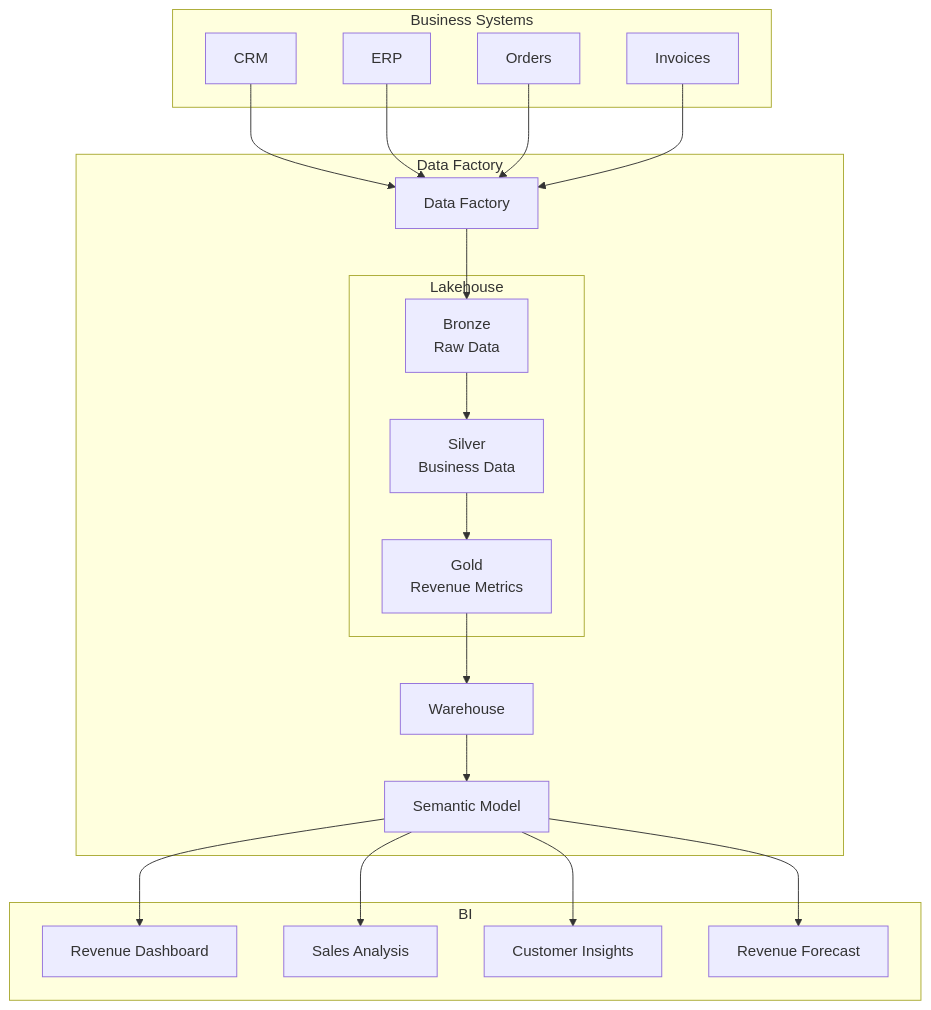
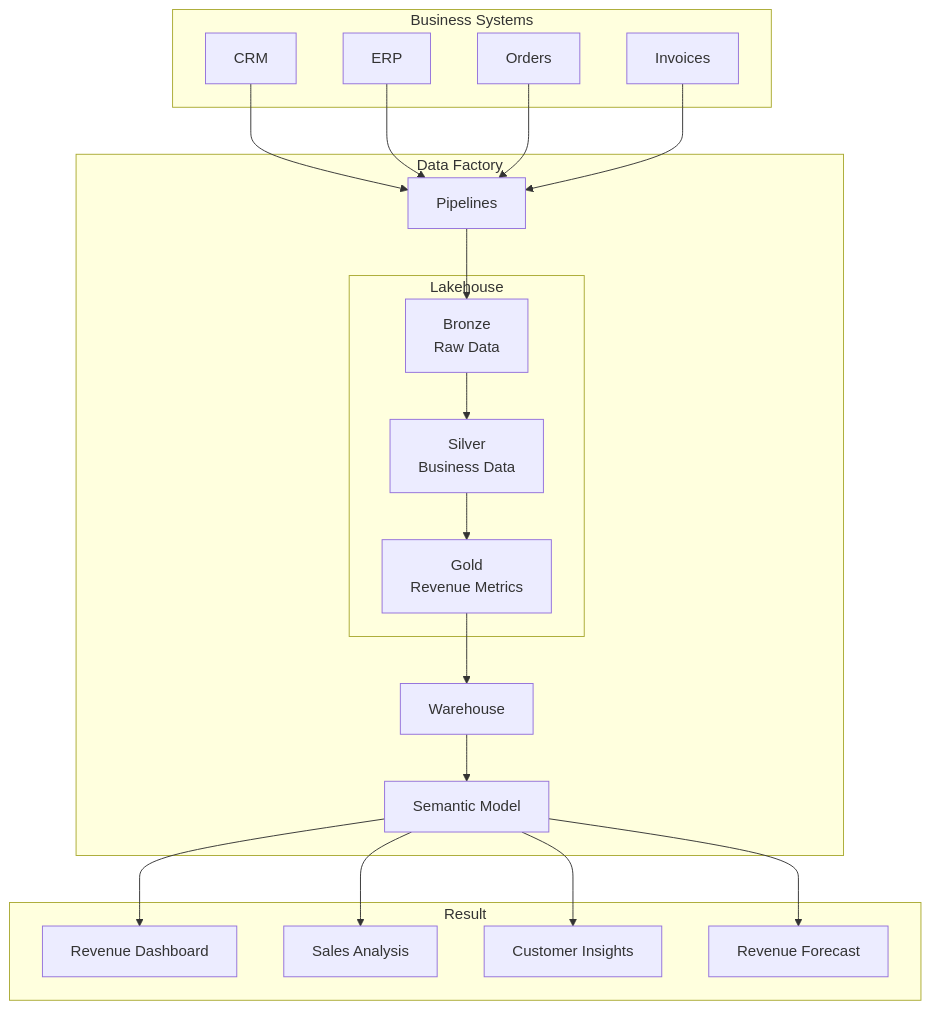
One commit to Solveright/Revenue-Visibility changed the diagram in README.md. Above: the diagram before and after it, drawn with Mermaid.

````diff
--- a/README.md
+++ b/README.md
@@ -16,47 +16,47 @@
 ```mermaid
 flowchart TB
 
     subgraph Sources["Business Systems"]
         CRM["CRM"]
         ERP["ERP"]
         Orders["Orders"]
         Invoices["Invoices"]
     end
 
     subgraph Data Factory
-        DF["Data Factory"]
+        DF["Pipelines"]
 
         subgraph Lakehouse["Lakehouse"]
             Bronze["Bronze<br/>Raw Data"]
             Silver["Silver<br/>Business Data"]
             Gold["Gold<br/>Revenue Metrics"]
         end
 
         WH["Warehouse"]
         SM["Semantic Model"]
     end
 
-    subgraph BI["BI"]
+    subgraph Result["Result"]
         Revenue["Revenue Dashboard"]
         Sales["Sales Analysis"]
         Customer["Customer Insights"]
         Forecast["Revenue Forecast"]
     end
 
     CRM --> DF
     ERP --> DF
     Orders --> DF
     Invoices --> DF
 
     DF --> Bronze
     Bronze --> Silver
     Silver --> Gold
 
     Gold --> WH
     WH --> SM
 
     SM --> Revenue
     SM --> Sales
     SM --> Customer
     SM --> Forecast
 ```
````
